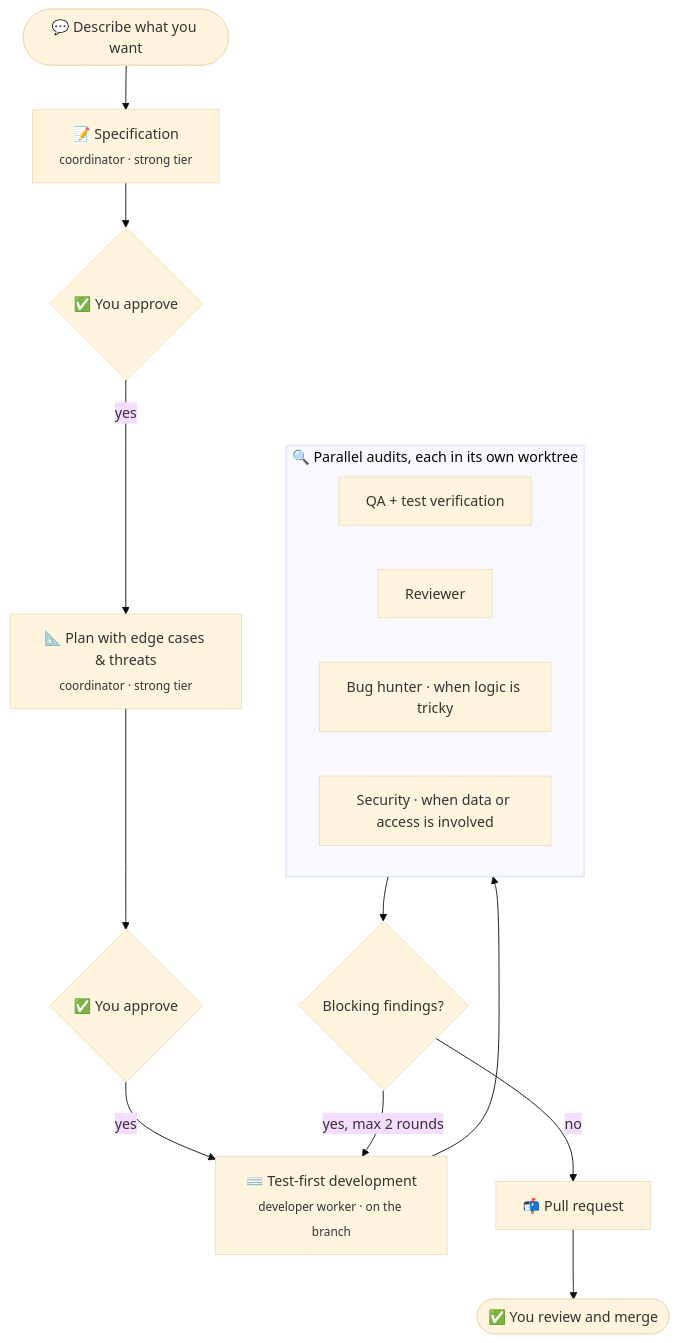
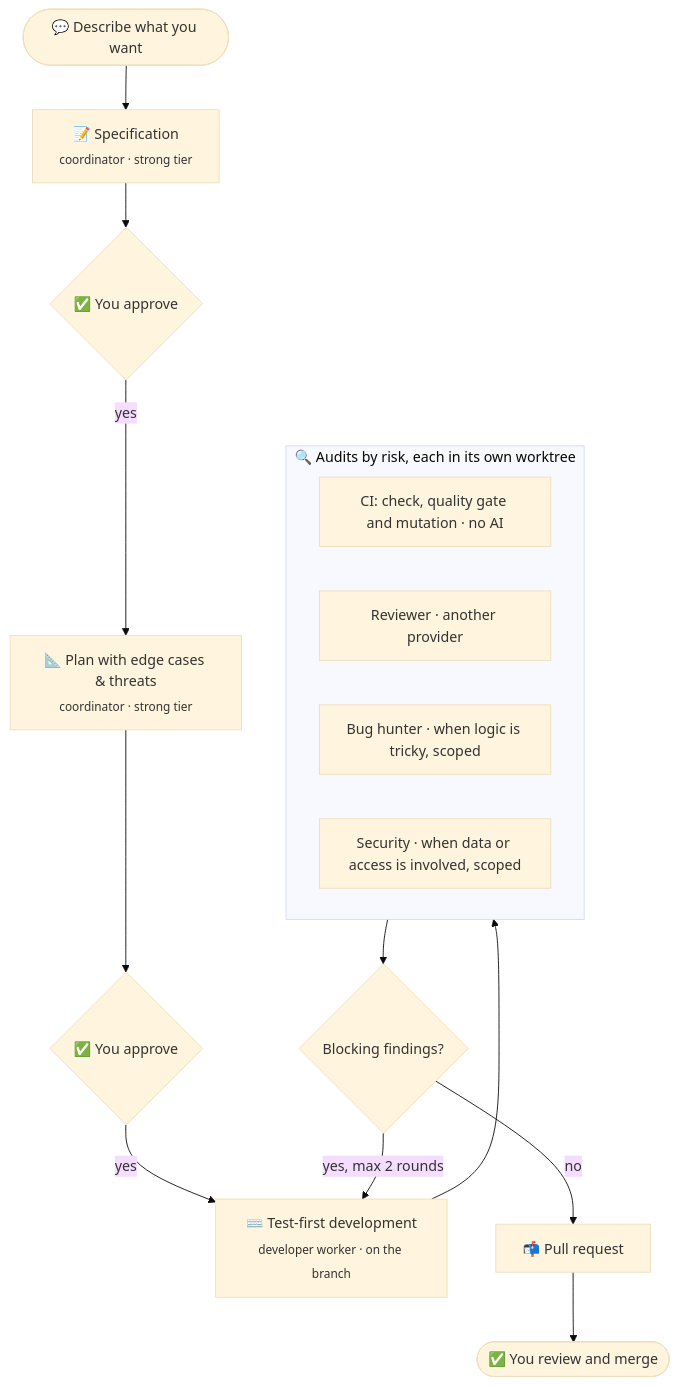
One commit to davidgarcia11/pilotfish changed the diagram in README.md. Above: the diagram before and after it, drawn with Mermaid (base theme). The commit also changed other lines of this file and 1 other file, not shown here.

Commit message:
docs: describe risk-based audits, scoped auditors and the feature log in both READMEs

````diff
--- a/README.md
+++ b/README.md
@@ -46,19 +46,19 @@
 ```mermaid
 flowchart TD
     A([💬 Describe what you want]) --> B[📝 Specification<br/><sub>coordinator · strong tier</sub>]
     B --> C{✅ You approve}
     C -->|yes| D[📐 Plan with edge cases & threats<br/><sub>coordinator · strong tier</sub>]
     D --> E{✅ You approve}
     E -->|yes| F[⌨️ Test-first development<br/><sub>developer worker · on the branch</sub>]
     F --> G
-    subgraph G [🔍 Parallel audits, each in its own worktree]
-        G1[QA + test verification]
-        G2[Reviewer]
-        G3[Bug hunter · when logic is tricky]
-        G4[Security · when data or access is involved]
+    subgraph G [🔍 Audits by risk, each in its own worktree]
+        G1[CI: check, quality gate and mutation · no AI]
+        G2[Reviewer · another provider]
+        G3[Bug hunter · when logic is tricky, scoped]
+        G4[Security · when data or access is involved, scoped]
     end
     G --> H{Blocking findings?}
     H -->|yes, max 2 rounds| F
     H -->|no| I[📬 Pull request]
     I --> J([✅ You review and merge])
 ```
````
